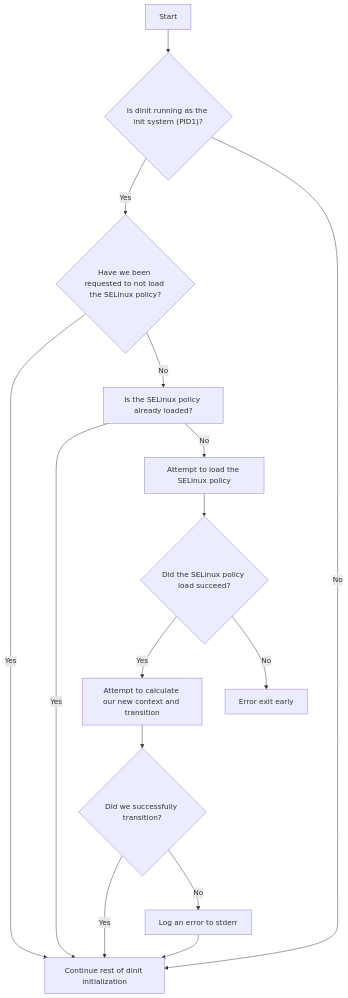
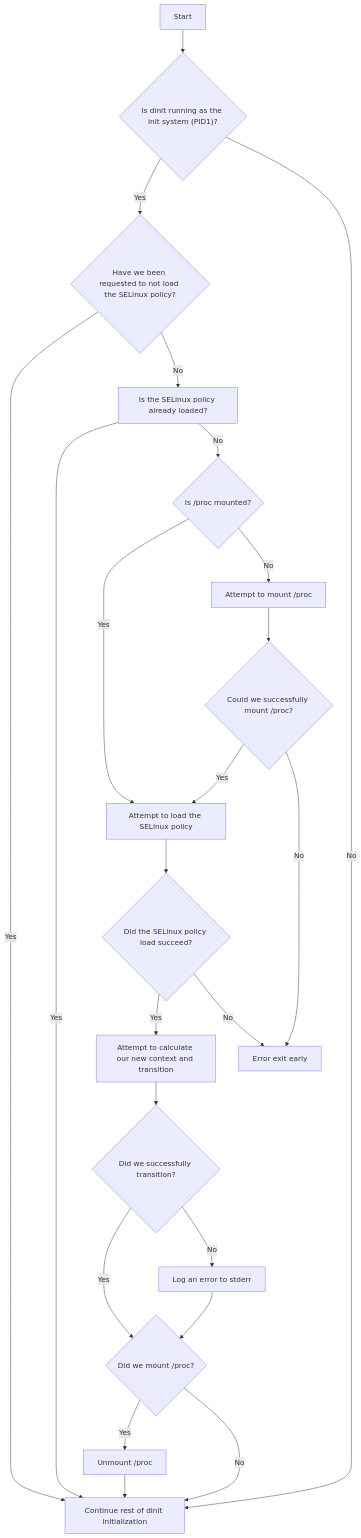
The diagram in doc/linux/SELINUX.md (davmac314/dinit), drawn with Mermaid before and after one commit.

Commit message:
doc: update SELinux flowchart to include mounting of /proc

````diff
--- a/doc/linux/SELINUX.md
+++ b/doc/linux/SELINUX.md
@@ -21,17 +21,26 @@
 ```mermaid
 flowchart TD
     A[Start] --> B{"Is dinit running as the init system (PID1)?"}
     B -->|Yes| C{Have we been requested to not load the SELinux policy?}
     B -->|No| D[Continue rest of dinit initialization]
     C -->|Yes| D
     C -->|No| E[Is the SELinux policy already loaded?]
     E -->|Yes| D
-    E -->|No| F[Attempt to load the SELinux policy]
-    F --> G{Did the SELinux policy load succeed?}
-    G -->|Yes| H[Attempt to calculate our new context and transition]
-    G -->|No| I[Error exit early]
-    H --> J{Did we successfully transition?}
-    J -->|Yes| D
-    J -->|No| L[Log an error to stderr]
-    L --> D
+    E --> |No| F{Is /proc mounted?}
+    F --> |Yes| J
+    F --> |No| G[Attempt to mount /proc]
+    G --> H{Could we successfully mount /proc?}
+    H --> |Yes| J
+    H -->|No| I[Error exit early]
+    J[Attempt to load the SELinux policy]
+    J --> K{Did the SELinux policy load succeed?}
+    K -->|Yes| L[Attempt to calculate our new context and transition]
+    K -->|No| I
+    L --> M{Did we successfully transition?}
+    M -->|Yes| O{Did we mount /proc?}
+    M -->|No| N[Log an error to stderr]
+    N --> O
+    O -->|Yes| P[Unmount /proc]
+    O -->|No| D
+    P --> D
 ```
````
